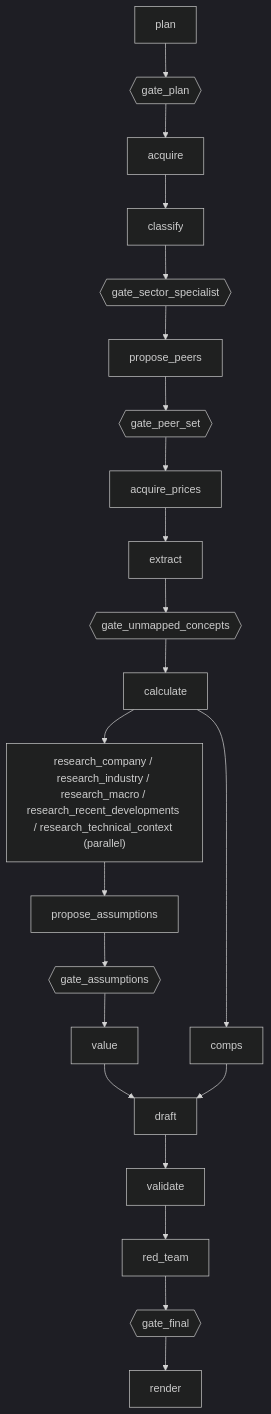
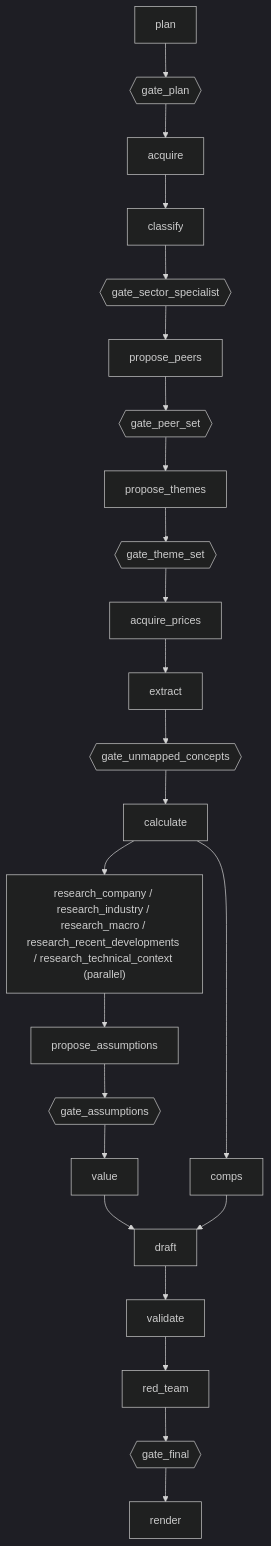
The first of 2 diagrams in docs/knowledge-map.md (rzeminski16-cell/AgeanticInvestmentPlatform), drawn with Mermaid (dark theme) before and after one commit. The commit also changed other lines of this file and 2 other files, not shown here.

Commit message:
fix: the three suites the theme gate reached after the push
The K1 gate's full sweep caught what the targeted runs could not: the knowledge map's
walkthrough did not name the two new steps (its own guard says a step the map omits is a
step a new developer will not know can pause); the crash-survival tests cleared one
conditional pause where the stretch now holds two, so the fault they install was never
reached; and the moat fixture's dispatcher answers schemas by name and refused
ThemeSlate, erroring every test behind it. All three are the same lesson as the shared
gate map — a run's conditional pauses are one list, and every driver and fixture that
enumerates them privately breaks when the list grows.

Claude-Session: https://claude.ai/code/session_01YMgxid1kC2itfHwfzPCEv6

````diff
--- a/docs/knowledge-map.md
+++ b/docs/knowledge-map.md
@@ -43,16 +43,17 @@
 ```mermaid
 flowchart TD
     plan --> gate_plan{{gate_plan}}
     gate_plan --> acquire --> classify
     classify --> gate_sector_specialist{{gate_sector_specialist}}
     gate_sector_specialist --> propose_peers --> gate_peer_set{{gate_peer_set}}
-    gate_peer_set --> acquire_prices --> extract
+    gate_peer_set --> propose_themes --> gate_theme_set{{gate_theme_set}}
+    gate_theme_set --> acquire_prices --> extract
     extract --> gate_unmapped_concepts{{gate_unmapped_concepts}}
     gate_unmapped_concepts --> calculate
     calculate --> research["research_company / research_industry / research_macro / research_recent_developments / research_technical_context (parallel)"]
     calculate --> comps
     research --> propose_assumptions --> gate_assumptions{{gate_assumptions}}
     gate_assumptions --> value --> draft
     comps --> draft
     draft --> validate --> red_team --> gate_final{{gate_final}} --> render
 ```
````
